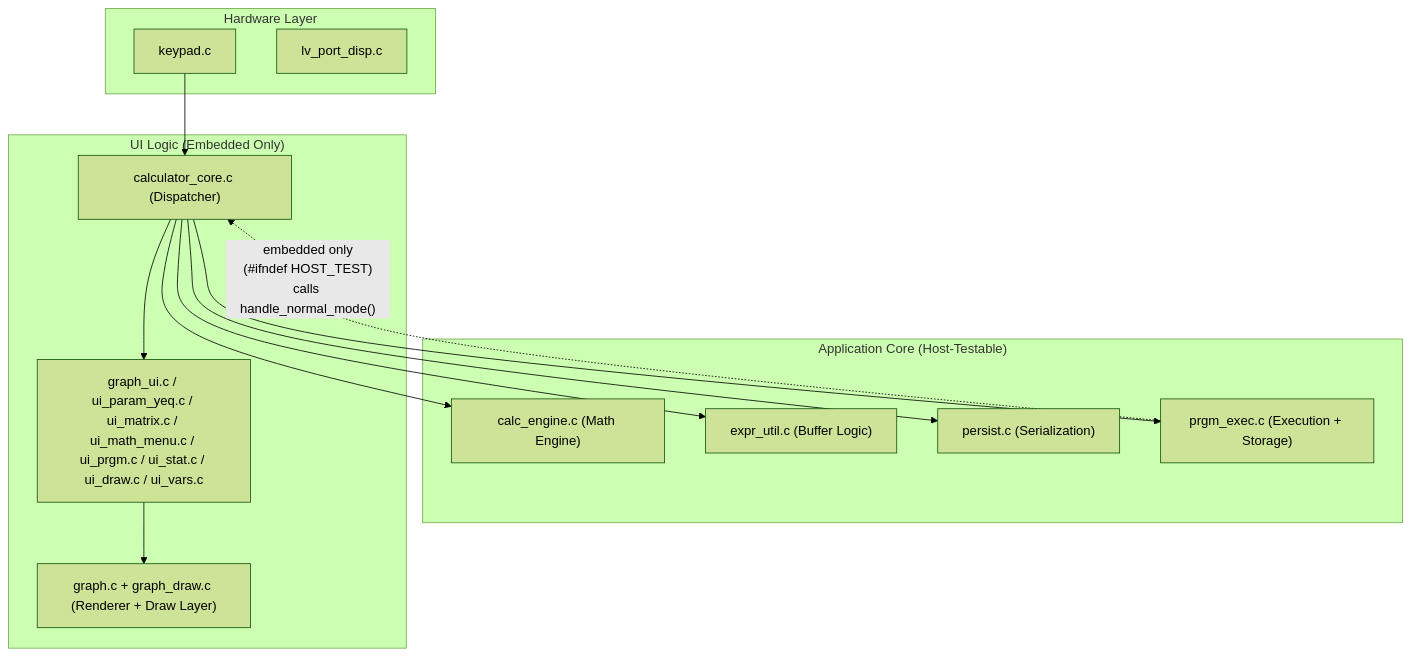
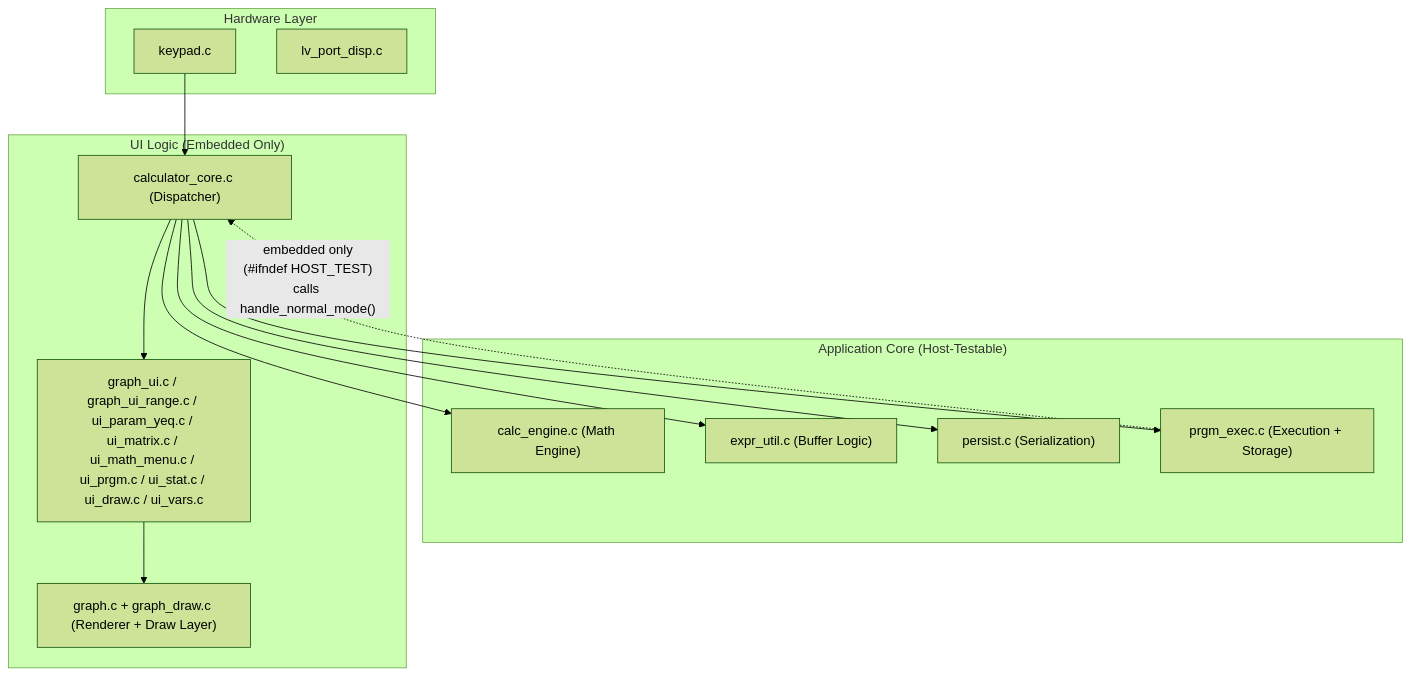
Before and after one commit to mndxc/STM32F429-TI81-Calculator: the second of 2 diagrams in docs/ARCHITECTURE.md, drawn with Mermaid (forest theme). The commit also changed 8 other files, not shown here.

First line of the commit message:
refactor: extract graph_ui_range.c from graph_ui.c — RANGE/ZOOM FACTORS editors

````diff
--- a/docs/ARCHITECTURE.md
+++ b/docs/ARCHITECTURE.md
@@ -47,29 +47,29 @@
 ```mermaid
 graph TD
     subgraph "Hardware Layer"
         HW_K["keypad.c"]
         HW_D["lv_port_disp.c"]
     end
 
     subgraph "Application Core (Host-Testable)"
         CE["calc_engine.c (Math Engine)"]
         EU["expr_util.c (Buffer Logic)"]
         PE["persist.c (Serialization)"]
         PRE["prgm_exec.c (Execution + Storage)"]
     end
 
     subgraph "UI Logic (Embedded Only)"
         CC["calculator_core.c (Dispatcher)"]
-        GUI["graph_ui.c / ui_param_yeq.c / ui_matrix.c / ui_math_menu.c / ui_prgm.c / ui_stat.c / ui_draw.c / ui_vars.c"]
+        GUI["graph_ui.c / graph_ui_range.c / ui_param_yeq.c / ui_matrix.c / ui_math_menu.c / ui_prgm.c / ui_stat.c / ui_draw.c / ui_vars.c"]
         G["graph.c + graph_draw.c (Renderer + Draw Layer)"]
     end
 
     HW_K --> CC
     CC --> GUI
     CC --> CE
     CC --> EU
     CC --> PE
     CC --> PRE
     GUI --> G
     PRE -. "embedded only\n(#ifndef HOST_TEST)\ncalls handle_normal_mode()" .-> CC
 ```
````
